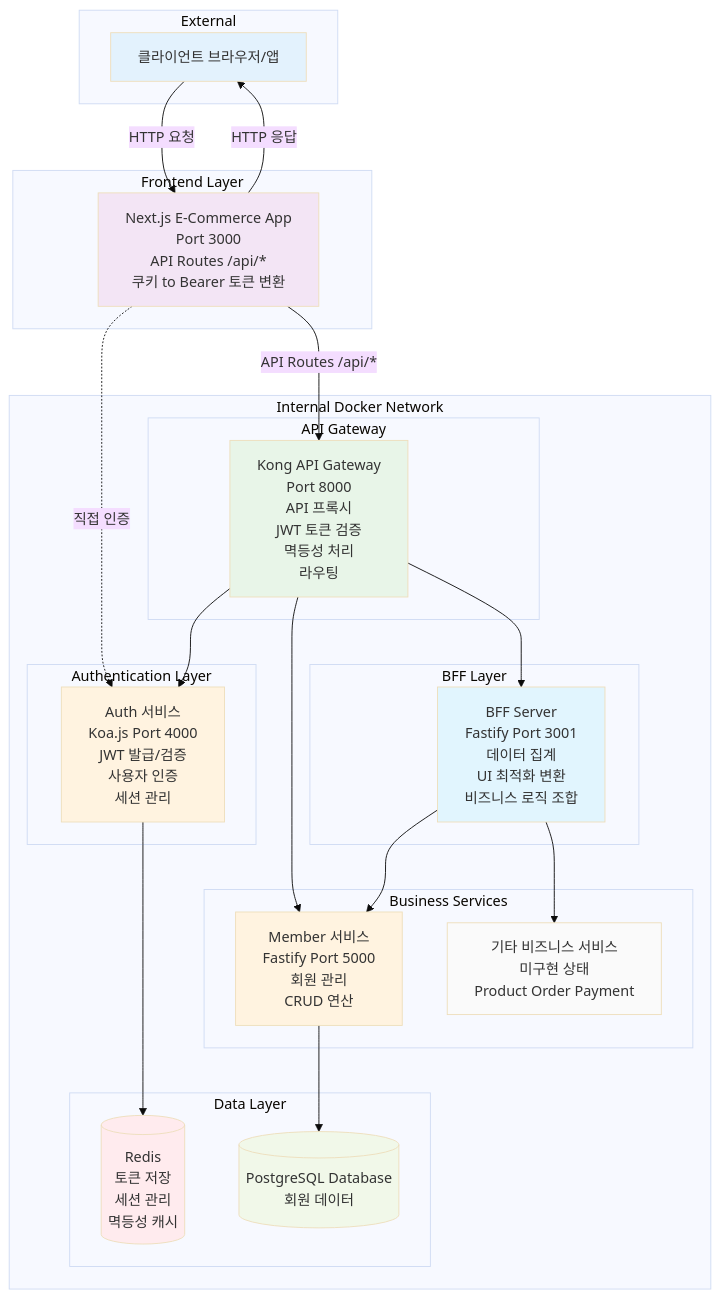
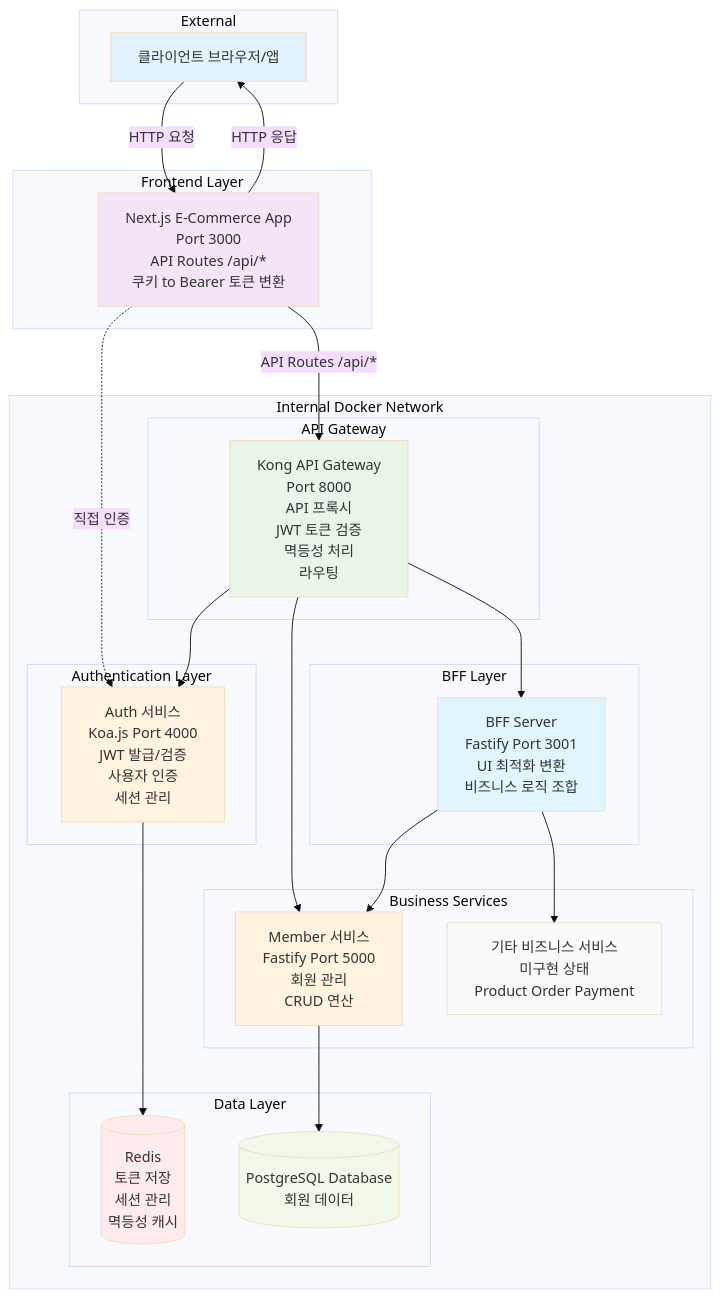
One commit to kwonbongsoo/rehabilitationTreatment changed the first of 4 diagrams in README.md. Above: the diagram before and after it, drawn with Mermaid (base theme).

Commit message:
fixed: readme.md

````diff
--- a/README.md
+++ b/README.md
@@ -8,66 +8,66 @@
 ```mermaid
 graph TB
     subgraph "External"
         Client[클라이언트 브라우저/앱]
     end
 
     subgraph "Frontend Layer"
         Frontend[Next.js E-Commerce App<br/>Port 3000<br/>API Routes /api/*<br/>쿠키 to Bearer 토큰 변환]
     end
 
     subgraph "Internal Docker Network"
         subgraph "API Gateway"
             Kong[Kong API Gateway<br/>Port 8000<br/>API 프록시<br/>JWT 토큰 검증<br/>멱등성 처리<br/>라우팅]
         end
 
         subgraph "Authentication Layer"
             Auth[Auth 서비스<br/>Koa.js Port 4000<br/>JWT 발급/검증<br/>사용자 인증<br/>세션 관리]
         end
 
         subgraph "BFF Layer"
-            BFF[BFF Server<br/>Fastify Port 3001<br/>데이터 집계<br/>UI 최적화 변환<br/>비즈니스 로직 조합]
+            BFF[BFF Server<br/>Fastify Port 3001<br/>UI 최적화 변환<br/>비즈니스 로직 조합]
         end
 
         subgraph "Business Services"
             Member[Member 서비스<br/>Fastify Port 5000<br/>회원 관리<br/>CRUD 연산]
             Other[기타 비즈니스 서비스<br/>미구현 상태<br/>Product Order Payment]
         end
 
         subgraph "Data Layer"
             Redis[(Redis<br/>토큰 저장<br/>세션 관리<br/>멱등성 캐시)]
             PostgreSQL[(PostgreSQL Database<br/>회원 데이터)]
         end
     end
 
     %% External connections
     Client -->|HTTP 요청| Frontend
     Frontend -->|HTTP 응답| Client
 
     %% Frontend to internal services
     Frontend -->|API Routes /api/*| Kong
     Frontend -.->|직접 인증| Auth
 
     %% Kong routing
     Kong --> BFF
     Kong --> Auth
     Kong --> Member
 
     %% BFF connections - 데이터 집계만
     BFF --> Member
     BFF --> Other
 
     %% Service to data connections
     Auth --> Redis
     Member --> PostgreSQL
 
     %% Styling
     style Client fill:#e3f2fd
     style Frontend fill:#f3e5f5
     style Kong fill:#e8f5e8
     style Auth fill:#fff3e0
     style BFF fill:#e1f5fe
     style Member fill:#fff3e0
     style Redis fill:#ffebee
     style PostgreSQL fill:#f1f8e9
     style Other fill:#fafafa
 ```
````
